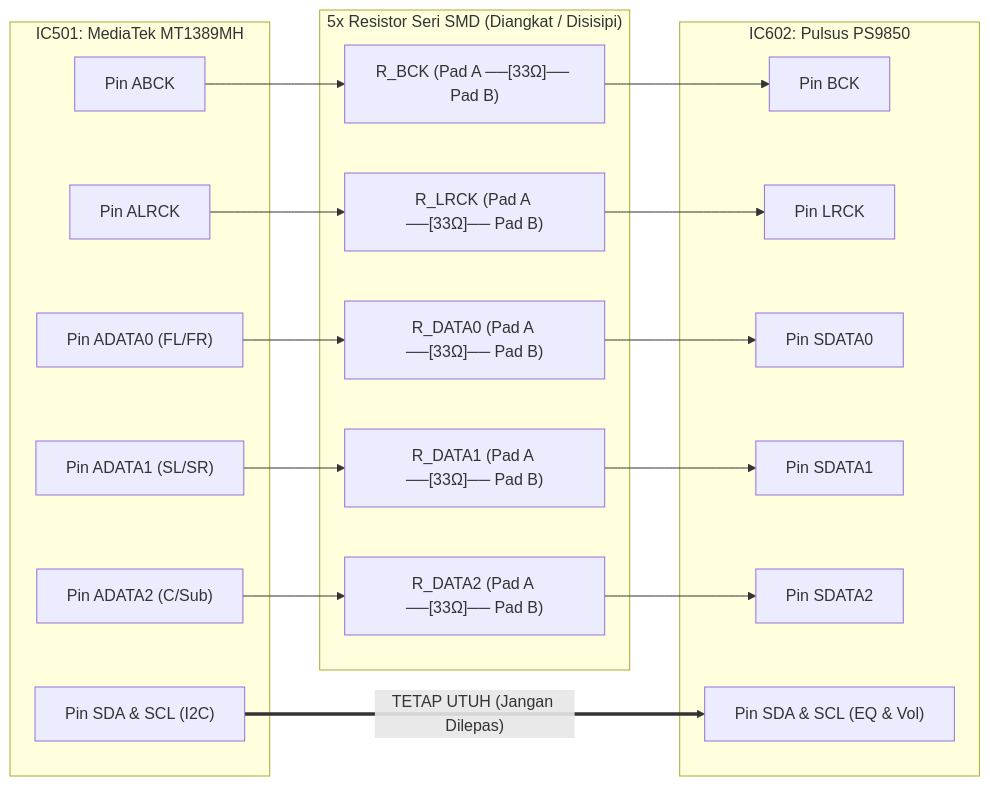
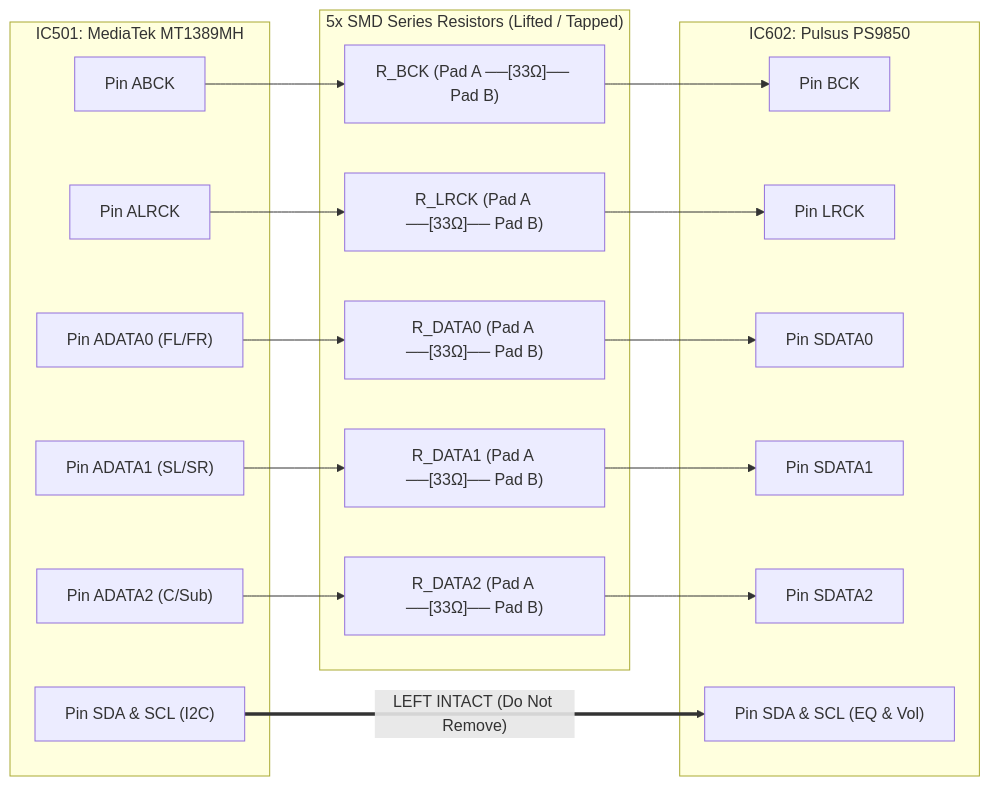
Before and after one commit to aan-andiyanaS/LG-HT306-Direct-I2S-5.1-7.1-Lossless-96kHz-USB-Bridge: the first of 2 diagrams in docs/01_Hardware_Architecture_and_Mod_Guide.md, drawn with Mermaid. The commit also changed other lines of this file and 11 other files, not shown here.

````diff
--- a/docs/01_Hardware_Architecture_and_Mod_Guide.md
+++ b/docs/01_Hardware_Architecture_and_Mod_Guide.md
@@ -25,35 +29,35 @@
 ```mermaid
 flowchart LR
     subgraph MT["IC501: MediaTek MT1389MH"]
         O1["Pin ABCK"]
         O2["Pin ALRCK"]
         O3["Pin ADATA0 (FL/FR)"]
         O4["Pin ADATA1 (SL/SR)"]
         O5["Pin ADATA2 (C/Sub)"]
         I2C_M["Pin SDA & SCL (I2C)"]
     end
 
-    subgraph RES["5x Resistor Seri SMD (Diangkat / Disisipi)"]
+    subgraph RES["5x SMD Series Resistors (Lifted / Tapped)"]
         R1["R_BCK (Pad A ──[33Ω]── Pad B)"]
         R2["R_LRCK (Pad A ──[33Ω]── Pad B)"]
         R3["R_DATA0 (Pad A ──[33Ω]── Pad B)"]
         R4["R_DATA1 (Pad A ──[33Ω]── Pad B)"]
         R5["R_DATA2 (Pad A ──[33Ω]── Pad B)"]
     end
 
     subgraph PS["IC602: Pulsus PS9850"]
         I1["Pin BCK"]
         I2["Pin LRCK"]
         I3["Pin SDATA0"]
         I4["Pin SDATA1"]
         I5["Pin SDATA2"]
         I2C_P["Pin SDA & SCL (EQ & Vol)"]
     end
 
     O1 --> R1 --> I1
     O2 --> R2 --> I2
     O3 --> R3 --> I3
     O4 --> R4 --> I4
     O5 --> R5 --> I5
-    I2C_M ==>|"TETAP UTUH (Jangan Dilepas)"| I2C_P
+    I2C_M ==>|"LEFT INTACT (Do Not Remove)"| I2C_P
 ```
````
